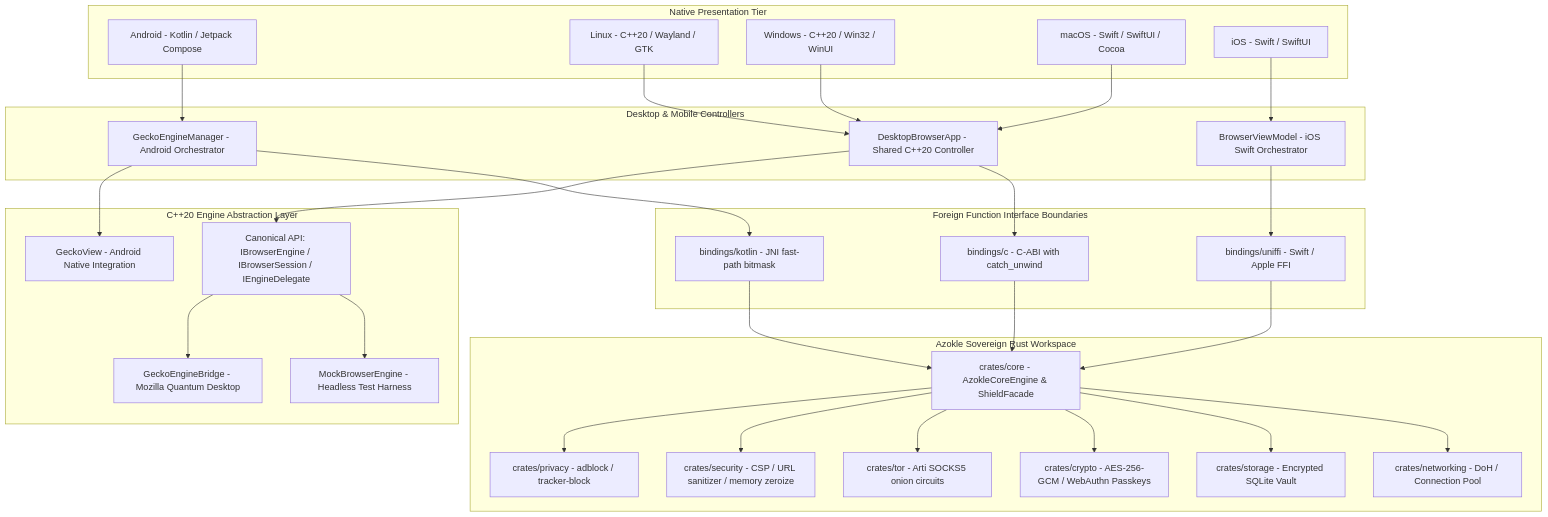
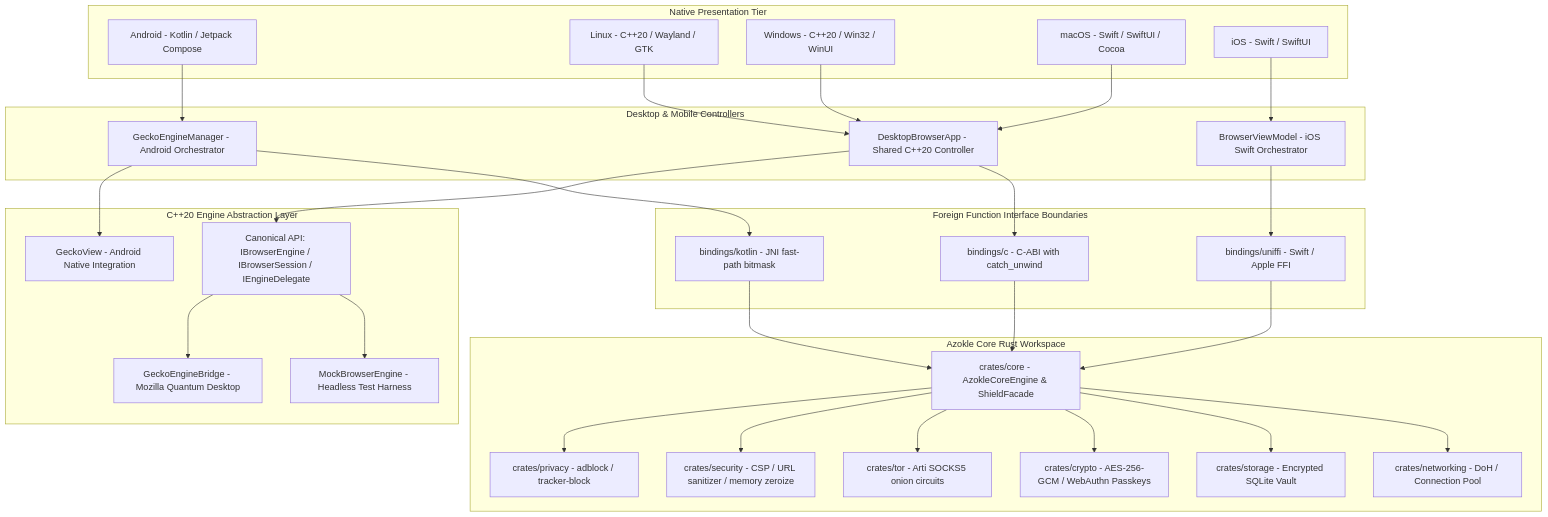
The first of 2 diagrams in docs/architecture/system-overview.md (azoklesoftware/azokle-browser), drawn with Mermaid before and after one commit. The commit also changed other lines of this file and 10 other files, not shown here.

````diff
--- a/docs/architecture/system-overview.md
+++ b/docs/architecture/system-overview.md
@@ -13,53 +13,53 @@
 ```mermaid
 graph TD
     subgraph UI_Layer [Native Presentation Tier]
         AND[Android - Kotlin / Jetpack Compose]
         LNX[Linux - C++20 / Wayland / GTK]
         WIN[Windows - C++20 / Win32 / WinUI]
         MAC[macOS - Swift / SwiftUI / Cocoa]
         IOS[iOS - Swift / SwiftUI]
     end
 
     subgraph Controller_Tier [Desktop & Mobile Controllers]
         DAPP[DesktopBrowserApp - Shared C++20 Controller]
         AND_MGR[GeckoEngineManager - Android Orchestrator]
         IOS_VM[BrowserViewModel - iOS Swift Orchestrator]
     end
 
     subgraph Engine_Tier [C++20 Engine Abstraction Layer]
         CANONICAL[Canonical API: IBrowserEngine / IBrowserSession / IEngineDelegate]
         GECKO_DESKTOP[GeckoEngineBridge - Mozilla Quantum Desktop]
         GECKO_VIEW[GeckoView - Android Native Integration]
         MOCK_ENGINE[MockBrowserEngine - Headless Test Harness]
     end
 
     subgraph FFI_Tier [Foreign Function Interface Boundaries]
         CABI[bindings/c - C-ABI with catch_unwind]
         JNI[bindings/kotlin - JNI fast-path bitmask]
         UNIFFI[bindings/uniffi - Swift / Apple FFI]
     end
 
-    subgraph Rust_Kernel [Azokle Sovereign Rust Workspace]
+    subgraph Rust_Kernel [Azokle Core Rust Workspace]
         CORE[crates/core - AzokleCoreEngine & ShieldFacade]
         PRIVACY[crates/privacy - adblock / tracker-block]
         SECURITY[crates/security - CSP / URL sanitizer / memory zeroize]
         TOR[crates/tor - Arti SOCKS5 onion circuits]
         CRYPTO[crates/crypto - AES-256-GCM / WebAuthn Passkeys]
         STORAGE[crates/storage - Encrypted SQLite Vault]
         NETWORKING[crates/networking - DoH / Connection Pool]
     end
 
     LNX & WIN --> DAPP
     MAC --> DAPP
     DAPP --> CANONICAL
     AND --> AND_MGR --> GECKO_VIEW
     IOS --> IOS_VM
 
     CANONICAL --> GECKO_DESKTOP & MOCK_ENGINE
     DAPP --> CABI
     AND_MGR --> JNI
     IOS_VM --> UNIFFI
 
     CABI & JNI & UNIFFI --> CORE
     CORE --> PRIVACY & SECURITY & TOR & CRYPTO & STORAGE & NETWORKING
 ```
````
